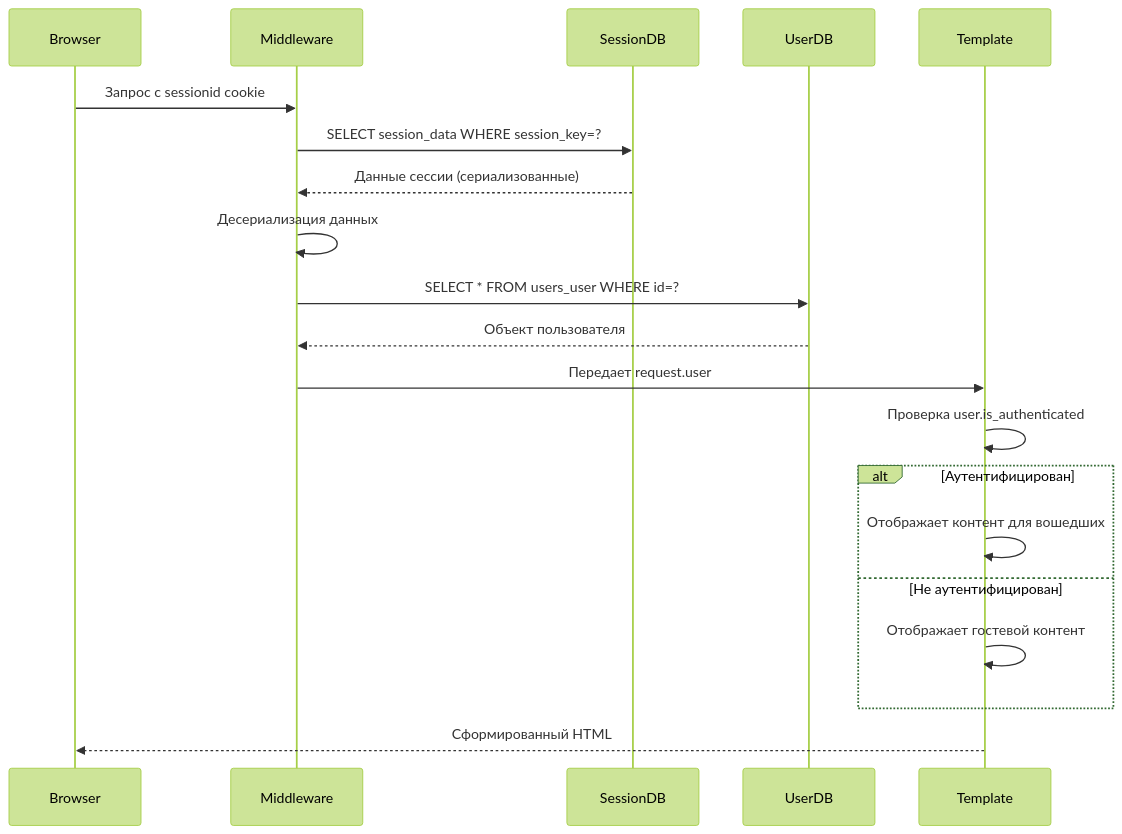
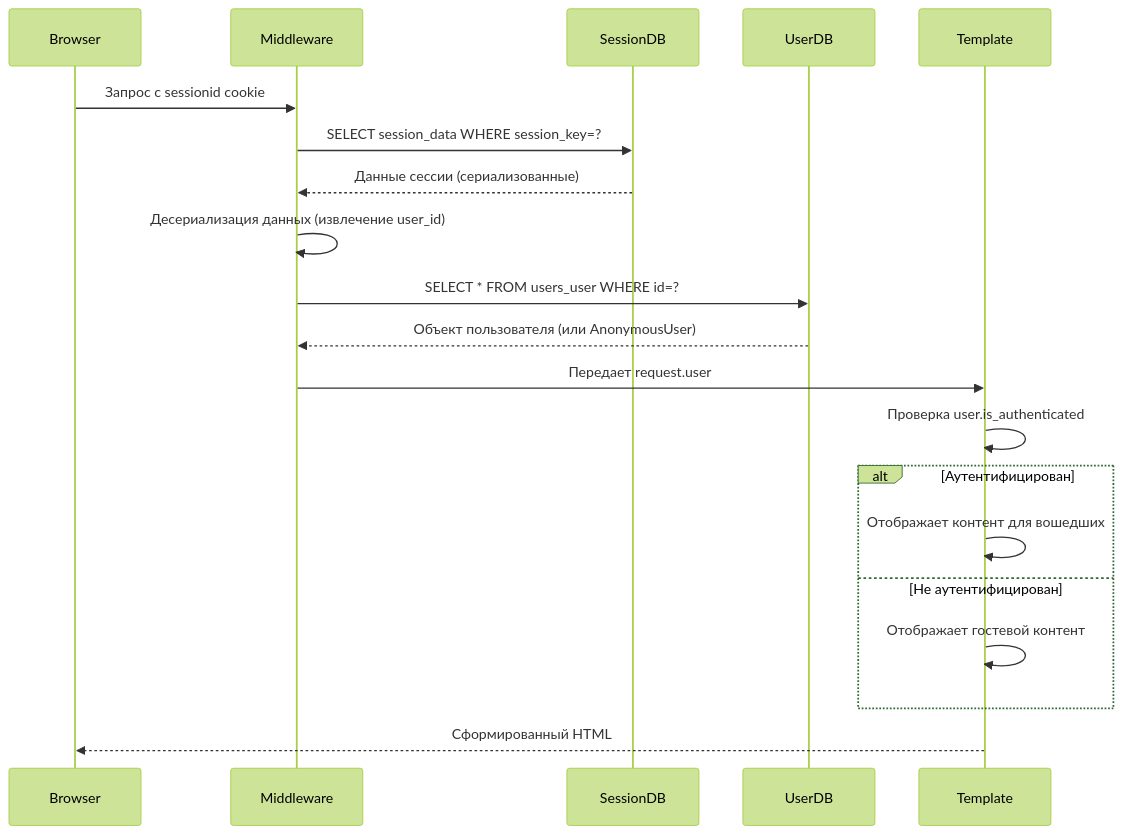
The diagram in notes/lesson_64.md (VladimirMonin/django_consult_412), drawn with Mermaid (forest theme) before and after one commit. The commit also changed other lines of this file and 1 other file, not shown here.

````diff
--- a/notes/lesson_64.md
+++ b/notes/lesson_64.md
@@ -198,23 +329,23 @@
 ```mermaid
 sequenceDiagram
     participant Browser
     participant Middleware
     participant SessionDB
     participant UserDB
     participant Template
     
     Browser->>Middleware: Запрос с sessionid cookie
     Middleware->>SessionDB: SELECT session_data WHERE session_key=?
     SessionDB-->>Middleware: Данные сессии (сериализованные)
-    Middleware->>Middleware: Десериализация данных
+    Middleware->>Middleware: Десериализация данных (извлечение user_id)
     Middleware->>UserDB: SELECT * FROM users_user WHERE id=?
-    UserDB-->>Middleware: Объект пользователя
+    UserDB-->>Middleware: Объект пользователя (или AnonymousUser)
     Middleware->>Template: Передает request.user
     Template->>Template: Проверка user.is_authenticated
     alt Аутентифицирован
         Template->>Template: Отображает контент для вошедших
     else Не аутентифицирован
         Template->>Template: Отображает гостевой контент
     end
     Template-->>Browser: Сформированный HTML
 ```
````
